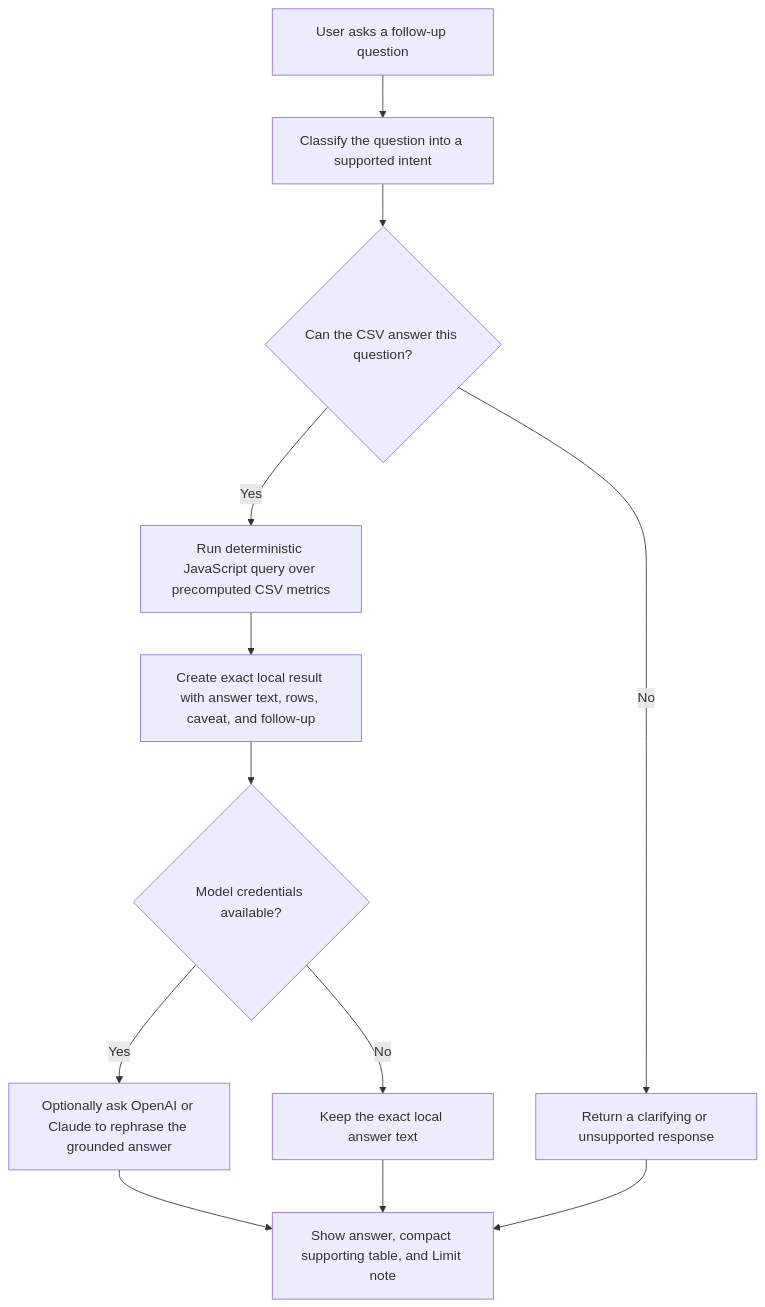
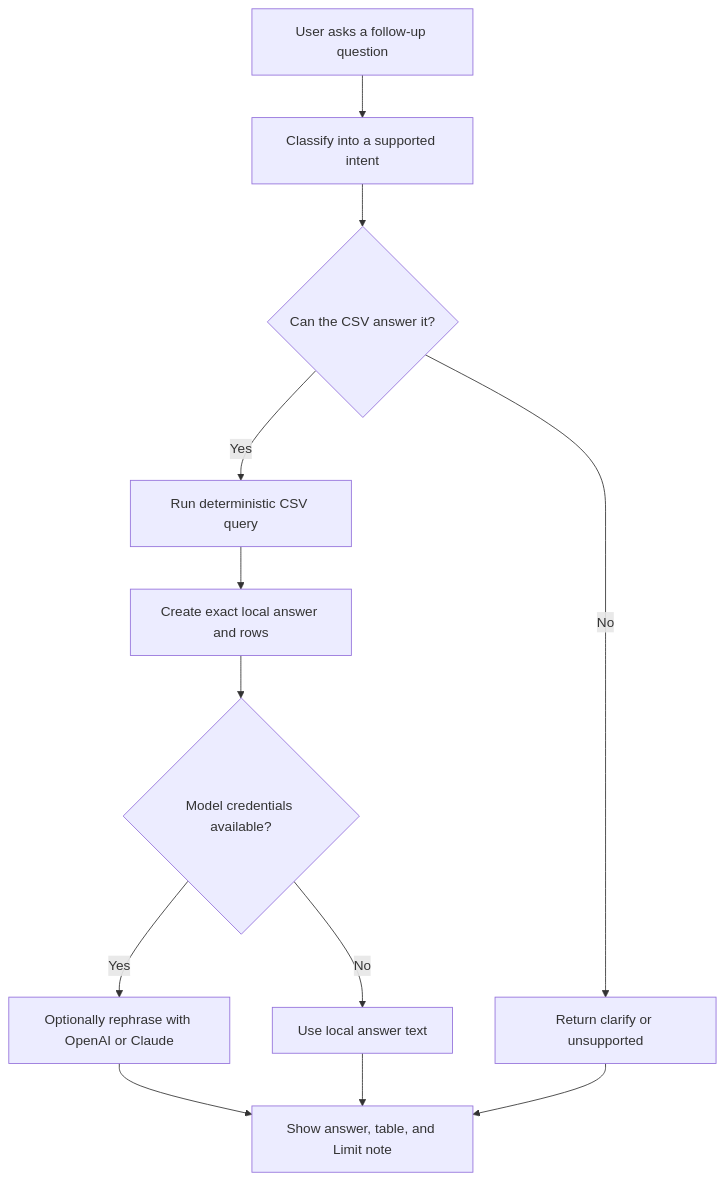
One commit to anowens/dev-color changed the diagram in README.md. Above: the diagram before and after it, drawn with Mermaid. The commit also changed other lines of this file, not shown here.

````diff
--- a/README.md
+++ b/README.md
@@ -65,14 +45,14 @@
 ```mermaid
 flowchart TD
-  A[User asks a follow-up question] --> B[Classify the question into a supported intent]
-  B --> C{Can the CSV answer this question?}
-  C -->|No| D[Return a clarifying or unsupported response]
-  C -->|Yes| E[Run deterministic JavaScript query over precomputed CSV metrics]
-  E --> F[Create exact local result with answer text, rows, caveat, and follow-up]
+  A[User asks a follow-up question] --> B[Classify into a supported intent]
+  B --> C{Can the CSV answer it?}
+  C -->|No| D[Return clarify or unsupported]
+  C -->|Yes| E[Run deterministic CSV query]
+  E --> F[Create exact local answer and rows]
   F --> G{Model credentials available?}
-  G -->|Yes| H[Optionally ask OpenAI or Claude to rephrase the grounded answer]
-  G -->|No| I[Keep the exact local answer text]
-  H --> J[Show answer, compact supporting table, and Limit note]
+  G -->|Yes| H[Optionally rephrase with OpenAI or Claude]
+  G -->|No| I[Use local answer text]
+  H --> J[Show answer, table, and Limit note]
   I --> J
   D --> J
 ```
````
